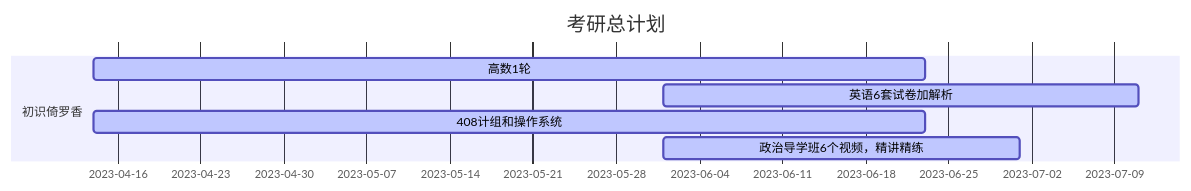
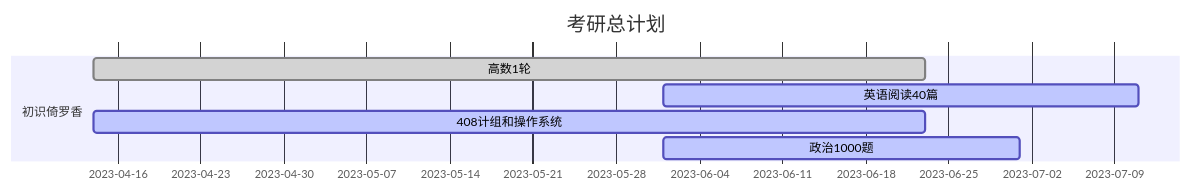
The diagram in README.md (guohuiyuan/KaoyanPlan), drawn with Mermaid before and after one commit. The commit also changed other lines of this file and 4 other files, not shown here.

````diff
--- a/README.md
+++ b/README.md
@@ -118,10 +122,10 @@
 ```mermaid
 gantt
 title 考研总计划
 
 section 初识倚罗香
-高数1轮      :active, a1, 2023-04-14, 70d
-英语6套试卷加解析     :active, a1, 2023-06-01, 40d
+高数1轮      :done, a1, 2023-04-14, 70d
+英语阅读40篇    :active, a1, 2023-06-01, 40d
 408计组和操作系统       :active, a2, 2023-04-14, 70d
-政治导学班6个视频，精讲精练      :active, b1, 2023-06-01, 30d
+政治1000题      :active, b1, 2023-06-01, 30d
 ```
````
